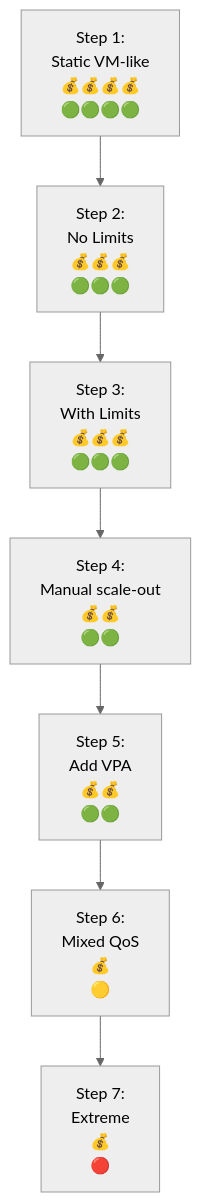
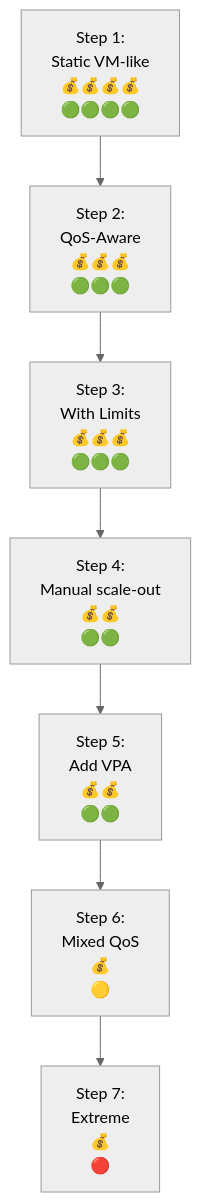
Before and after one commit to abossard/k8s-demo-time: the first of 2 diagrams in k8s/bin-packing/README.md, drawn with Mermaid (neutral theme). The commit also changed other lines of this file and 4 other files, not shown here.

````diff
--- a/k8s/bin-packing/README.md
+++ b/k8s/bin-packing/README.md
@@ -27,11 +27,11 @@
 ```mermaid
 flowchart TB
-    A["Step 1:<br/>Static VM-like<br/>💰💰💰💰<br/>🟢🟢🟢🟢"] --> B["Step 2:<br/>No Limits<br/>💰💰💰<br/>🟢🟢🟢"]
+    A["Step 1:<br/>Static VM-like<br/>💰💰💰💰<br/>🟢🟢🟢🟢"] --> B["Step 2:<br/>QoS-Aware<br/>💰💰💰<br/>🟢🟢🟢"]
     B --> C["Step 3:<br/>With Limits<br/>💰💰💰<br/>🟢🟢🟢"]
     C --> D["Step 4:<br/>Manual scale-out<br/>💰💰<br/>🟢🟢"]
     D --> E["Step 5:<br/>Add VPA<br/>💰💰<br/>🟢🟢"]
     E --> F["Step 6:<br/>Mixed QoS<br/>💰<br/>🟡"]
     F --> G["Step 7:<br/>Extreme<br/>💰<br/>🔴"]
     
    
 ```
````
